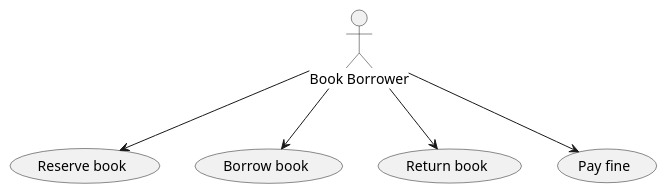
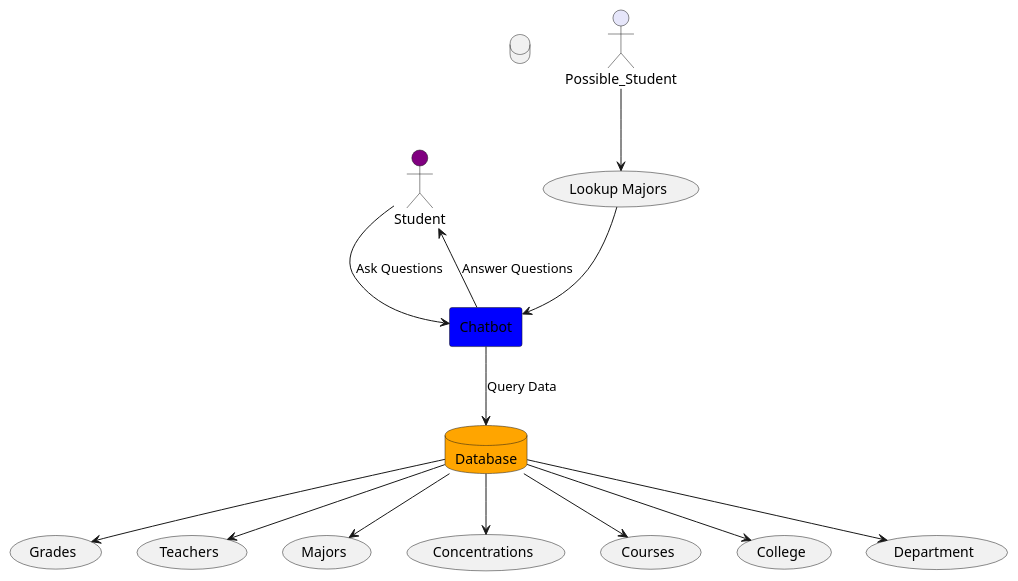
The diagram in UMLv2/homework.puml (AlexB-arch/java_chatbot), drawn with PlantUML before and after one commit. The commit also changed 2 other files, not shown here.

Commit message:
Playing with the use case diagram

```diff
--- a/UMLv2/homework.puml
+++ b/UMLv2/homework.puml
@@ -5,13 +5,31 @@
-@startuml
-actor "Book Borrower"
-usecase "Reserve book"
-usecase "Borrow book"
-usecase "Return book"
-usecase "Pay fine"
+@startuml UseCase_axb19c
+actor "Student" #Purple
+actor "Possible_Student" #Lavender
 
-"Book Borrower" --> (Reserve book)
-"Book Borrower" --> (Borrow book)
-"Book Borrower" --> (Return book)
-"Book Borrower" --> (Pay fine)
+database "Database" #Orange
+rectangle "Chatbot" #Blue
+usecase "Grades"
+usecase "Teachers"
+usecase "Majors"
+usecase "Concentrations"
+usecase "Courses"
+usecase "College"
+usecase "Department"
+usecase "Lookup Majors"
 
+Student --> Chatbot : "Ask Questions"
+Chatbot --> Student : "Answer Questions"
+Possible_Student --> (Lookup Majors)
+"Lookup Majors" --> Chatbot
+Chatbot --> Database : "Query Data"
+
+Database {
+    "Database" --> (Grades)
+    "Database" --> (Teachers)
+    "Database" --> (Majors)
+    "Database" --> (Concentrations)
+    "Database" --> (Courses)
+    "Database" --> (College)
+    "Database" --> (Department)
+}
 @enduml
```
